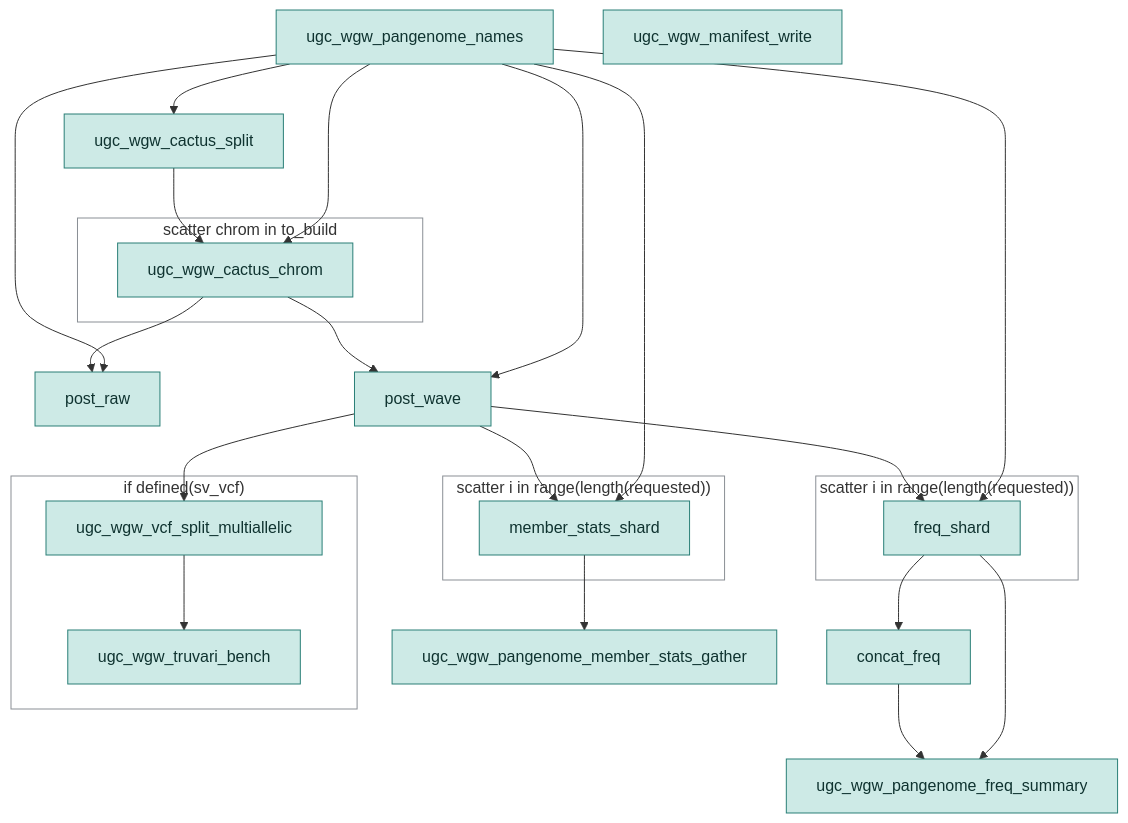
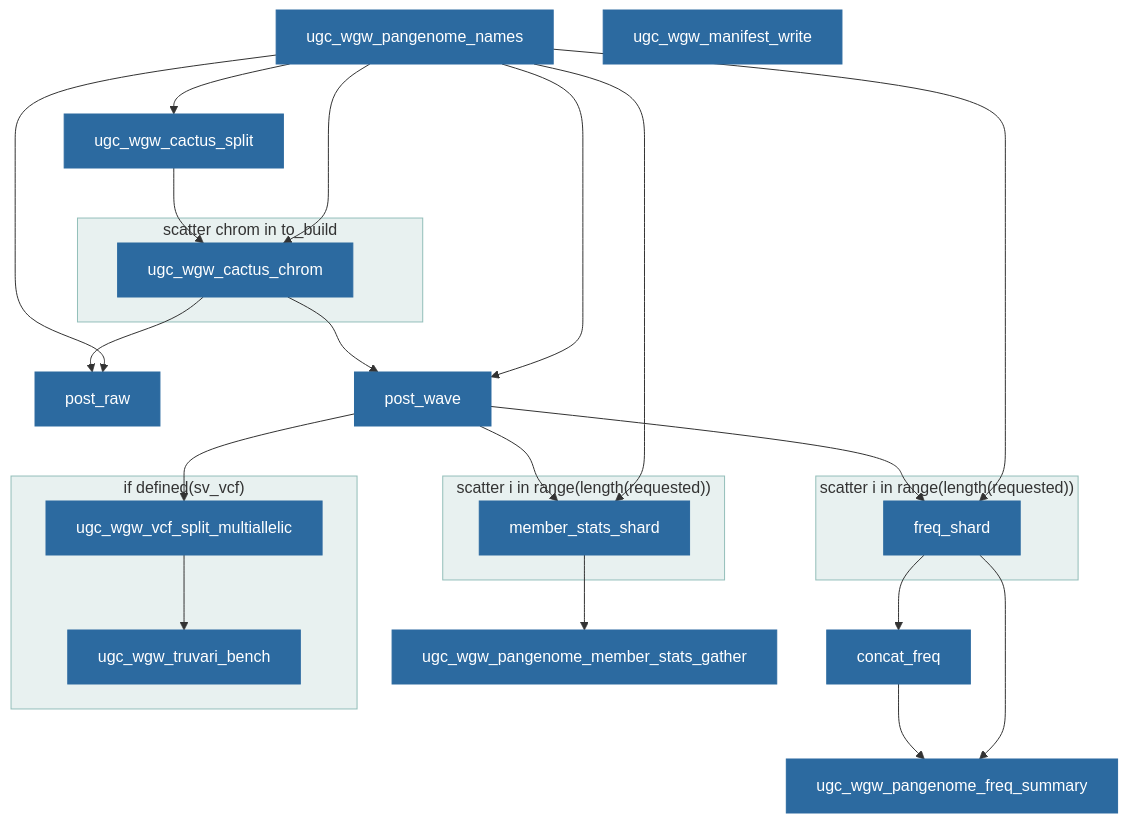
Before and after one commit to UppsalaGenomeCenter/ugc-wgw: diagram 13 of 13 in docs/guide/workflow-graphs.md, drawn with Mermaid. The commit also changed other lines of this file and 51 other files, not shown here.

````diff
--- a/docs/guide/workflow-graphs.md
+++ b/docs/guide/workflow-graphs.md
@@ -829,44 +846,45 @@
 ```mermaid
 flowchart TD
   n1["ugc_wgw_pangenome_names"]:::o
   n2["ugc_wgw_cactus_split"]:::o
   subgraph s1["scatter chrom in to_build"]
     n3["ugc_wgw_cactus_chrom"]:::o
   end
   n4["post_raw"]:::o
   n5["post_wave"]:::o
   subgraph s2["scatter i in range(length(requested))"]
     n6["freq_shard"]:::o
   end
   subgraph s3["scatter i in range(length(requested))"]
     n7["member_stats_shard"]:::o
   end
   n8["ugc_wgw_pangenome_member_stats_gather"]:::o
   n9["concat_freq"]:::o
   n10["ugc_wgw_pangenome_freq_summary"]:::o
   subgraph s4["if defined(sv_vcf)"]
     n11["ugc_wgw_vcf_split_multiallelic"]:::o
     n12["ugc_wgw_truvari_bench"]:::o
   end
   n13["ugc_wgw_manifest_write"]:::o
   n1 --> n2
   n1 --> n3
   n1 --> n4
   n1 --> n5
   n1 --> n6
   n1 --> n7
   n2 --> n3
   n3 --> n4
   n3 --> n5
   n5 --> n6
   n5 --> n7
   n5 --> n11
   n6 --> n9
   n6 --> n10
   n7 --> n8
   n9 --> n10
   n11 --> n12
-  classDef o fill:#cdeae6,stroke:#2a7f77,color:#0f3330
-  classDef b fill:none,stroke:#8a8f95
+  classDef default fill:none,stroke:#8a8f95
+  classDef o fill:#2c6aa0,stroke:#2c6aa0,color:#fff
+  classDef b fill:#1f7a70,fill-opacity:0.10,stroke:#1f7a70,stroke-opacity:0.45
   class s1,s2,s3,s4 b
 ```
````
